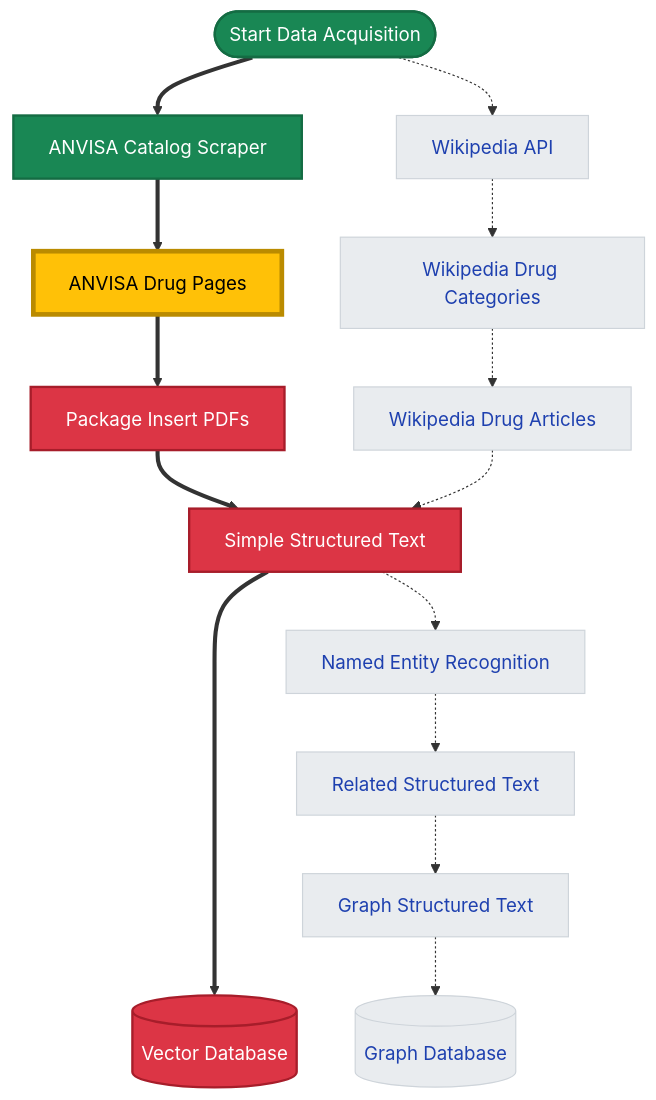
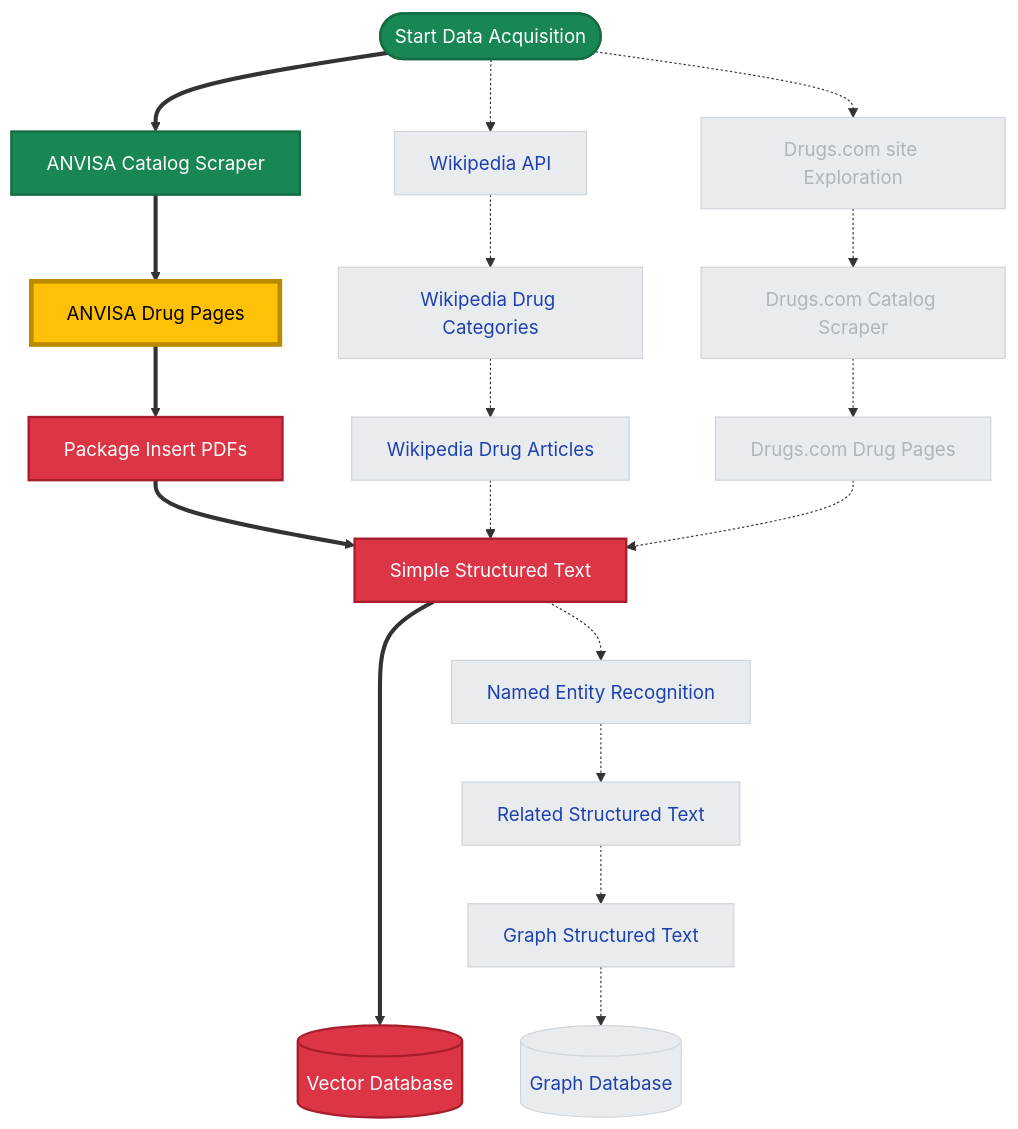
One commit to vinnylg/leafletslm changed the diagram in docs/index.md. Above: the diagram before and after it, drawn with Mermaid. The commit also changed other lines of this file and 10 other files, not shown here.

````diff
--- a/docs/index.md
+++ b/docs/index.md
@@ -50,32 +27,43 @@
 ```mermaid
 flowchart TD
     classDef done fill:#198754,stroke:#146c43,stroke-width:2px,color:white;
     classDef active fill:#ffc107,stroke:#ba8b00,stroke-width:4px,color:black;
     classDef mvp fill:#dc3545,stroke:#a71d2a,stroke-width:2px,color:white;
     classDef future fill:#e9ecef,stroke:#ced4da,stroke-width:1px,color:#1e40af;
     classDef dead fill:#e9ecef,stroke:#ced4da,stroke-width:1px,color:#adb5bd;
         
     Begin([Start Data Acquisition]):::done
     
     Catalog[ANVISA Catalog Scraper]:::done
     AnvisaPage[ANVISA Drug Pages]:::active
     PDF[Package Insert PDFs]:::mvp 
     
     WikiAPI[Wikipedia API]:::future
     Wiki[Wikipedia Drug Categories]:::future
     WikiPage[Wikipedia Drug Articles]:::future
     
+    Drugs[Drugs.com site Exploration]:::future
+    DrugsCat[Drugs.com Catalog Scraper]:::future
+    DrugsPage[Drugs.com Drug Pages]:::future
+    
     SST[Simple Structured Text]:::mvp
     NER[Named Entity Recognition]:::future
     RST[Related Structured Text]:::future
     GST[Graph Structured Text]:::future
     
     VDB[(Vector Database)]:::mvp
     GDB[(Graph Database)]:::future
 
     Begin ==> Catalog ==> AnvisaPage ==> PDF ==> SST
     Begin -.-> WikiAPI -.-> Wiki -.-> WikiPage -.-> SST
+    Begin -.-> Drugs -.-> DrugsCat -.-> DrugsPage -.-> SST
             
     SST =====> VDB
     SST -.-> NER -.-> RST -.-> GST -.-> GDB
+    
+    class Drugs dead
+    class DrugsCat dead
+    class DrugsPage dead
+
+    click Catalog "reference/scraper/anvisa/catalog/" "See Catalog Activity Diagram"
 ```
````
